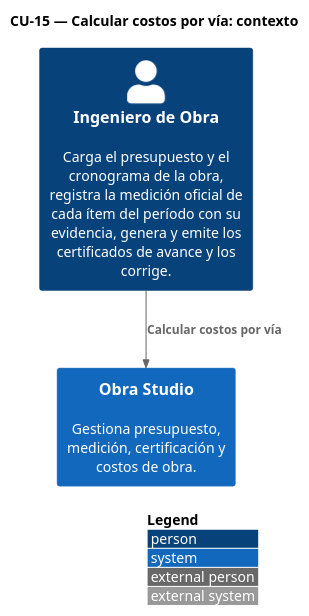
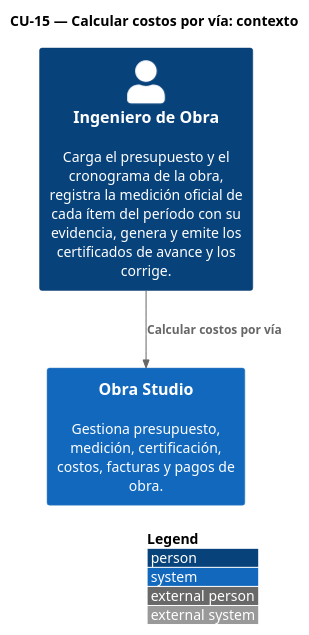
One commit to Ssrrb/TPF-teoria changed the diagram in modelo/c4/C4-CU15-contexto.puml. Above: the diagram before and after it, drawn with PlantUML. The commit also changed 53 other files, not shown here.

```diff
--- a/modelo/c4/C4-CU15-contexto.puml
+++ b/modelo/c4/C4-CU15-contexto.puml
@@ -1,10 +1,10 @@
 @startuml
 !include <C4/C4_Context>
 LAYOUT_WITH_LEGEND()
 title CU-15 — Calcular costos por vía: contexto
 
 Person(ING, "Ingeniero de Obra", "Carga el presupuesto y el cronograma de la obra, registra la medición oficial de cada ítem del período con su evidencia, genera y emite los certificados de avance y los corrige.")
-System(obra, "Obra Studio", "Gestiona presupuesto, medición, certificación y costos de obra.")
+System(obra, "Obra Studio", "Gestiona presupuesto, medición, certificación, costos, facturas y pagos de obra.")
 
 Rel(ING, obra, "Calcular costos por vía")
 @enduml
```
